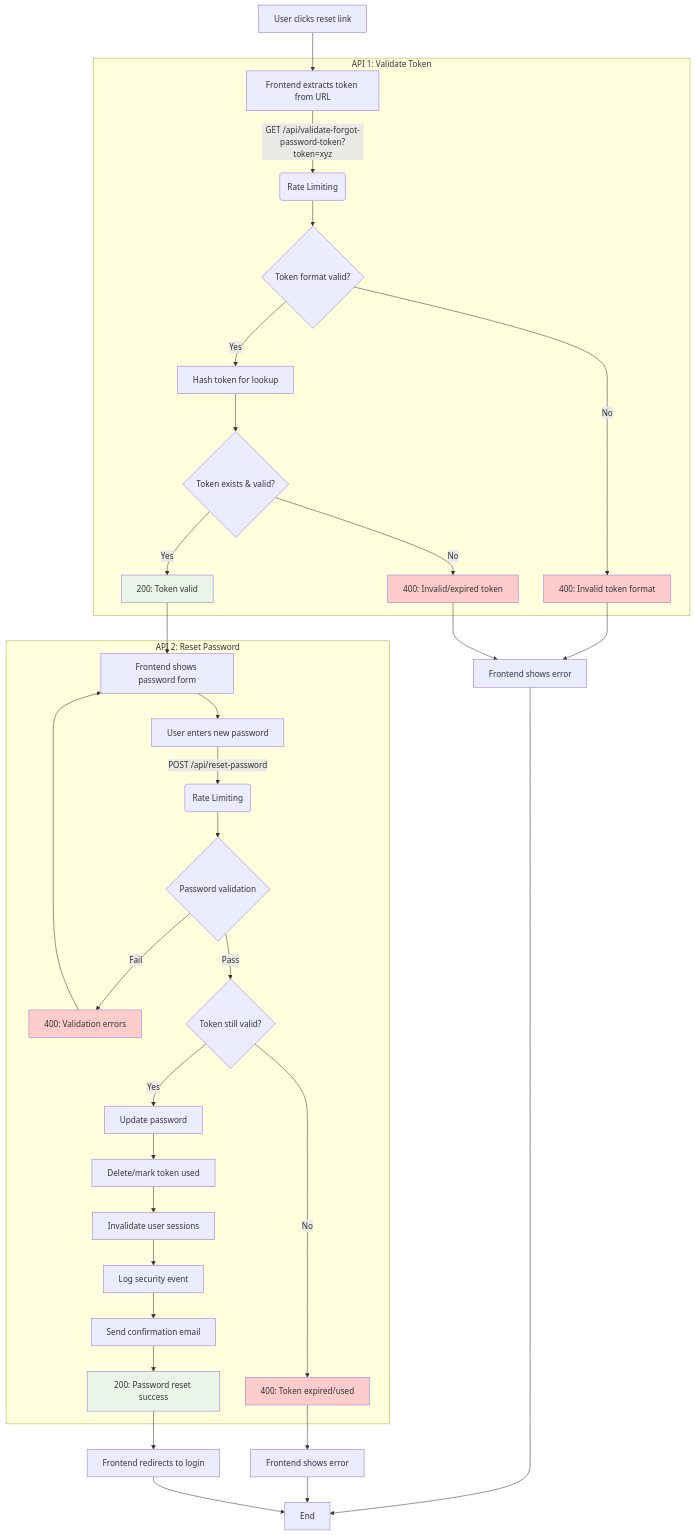
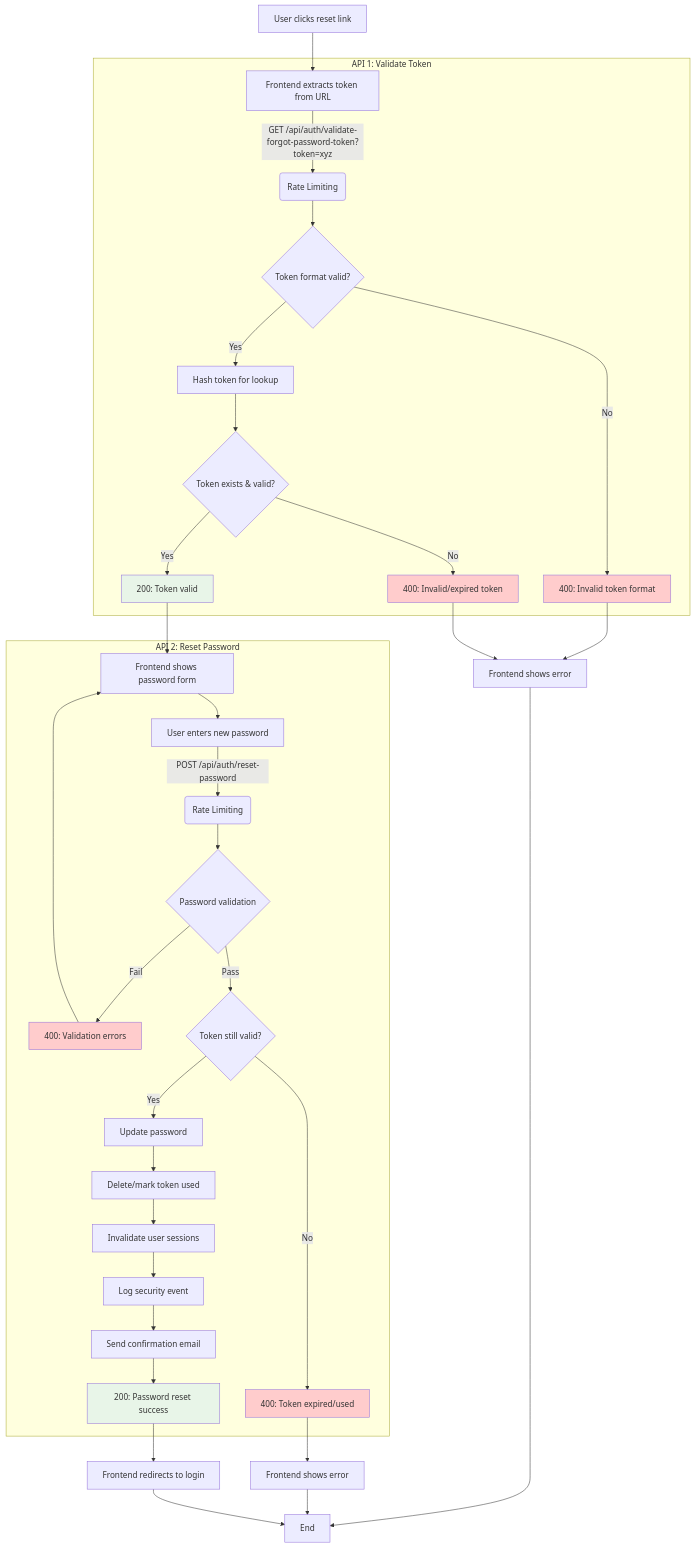
Before and after one commit to tranlehaiquan/task-management: the third of 3 diagrams in docs/flowcharts.md, drawn with Mermaid. The commit also changed other lines of this file and 6 other files, not shown here.

Commit message:
feat: enhance password reset flow with improved error handling and logging, update DTOs for token management, and refine database schema for email verification tokens

````diff
--- a/docs/flowcharts.md
+++ b/docs/flowcharts.md
@@ -56,47 +56,47 @@
 ```mermaid
 flowchart TD
     A[User clicks reset link] --> B[Frontend extracts token from URL]
 
     subgraph "API 1: Validate Token"
-        B -->|GET /api/validate-forgot-password-token?token=xyz| C(Rate Limiting)
+        B -->|GET /api/auth/validate-forgot-password-token?token=xyz| C(Rate Limiting)
         C --> D{Token format valid?}
         D -->|No| E[400: Invalid token format]
         D -->|Yes| F[Hash token for lookup]
         F --> G{Token exists & valid?}
         G -->|No| H[400: Invalid/expired token]
         G -->|Yes| I[200: Token valid]
     end
 
     E --> J[Frontend shows error]
     H --> J
     I --> K[Frontend shows password form]
 
     subgraph "API 2: Reset Password"
         K --> L[User enters new password]
-        L -->|POST /api/reset-password| M(Rate Limiting)
+        L -->|POST /api/auth/reset-password| M(Rate Limiting)
         M --> N{Password validation}
         N -->|Fail| O[400: Validation errors]
         N -->|Pass| P{Token still valid?}
         P -->|No| Q[400: Token expired/used]
         P -->|Yes| R[Update password]
         R --> S[Delete/mark token used]
         S --> T[Invalidate user sessions]
         T --> U[Log security event]
         U --> V[Send confirmation email]
         V --> W[200: Password reset success]
     end
 
     O --> K
     Q --> X[Frontend shows error]
     W --> Y[Frontend redirects to login]
     J --> Z[End]
     X --> Z
     Y --> Z
 
     style E fill:#ffcccc
     style H fill:#ffcccc
     style O fill:#ffcccc
     style Q fill:#ffcccc
     style I fill:#e8f5e8
     style W fill:#e8f5e8
 ```
````
